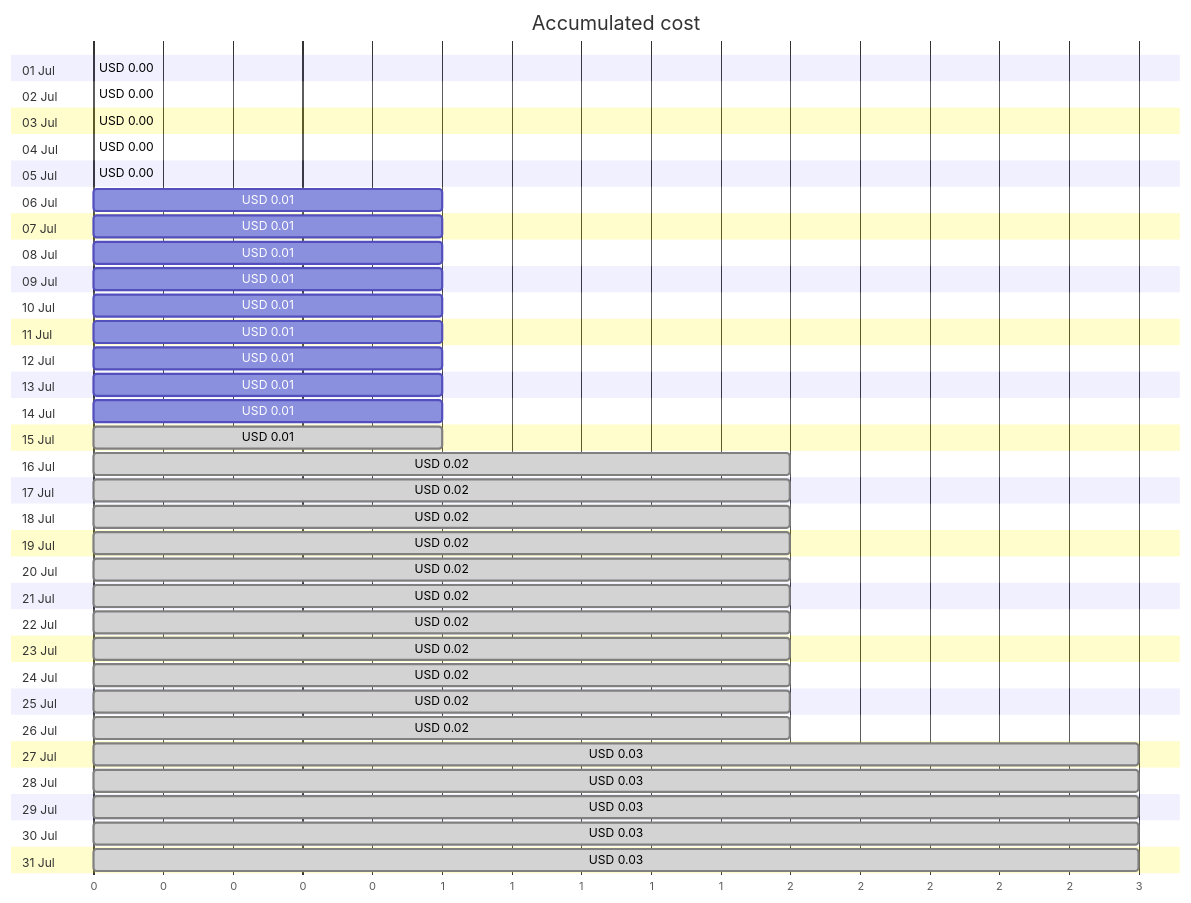
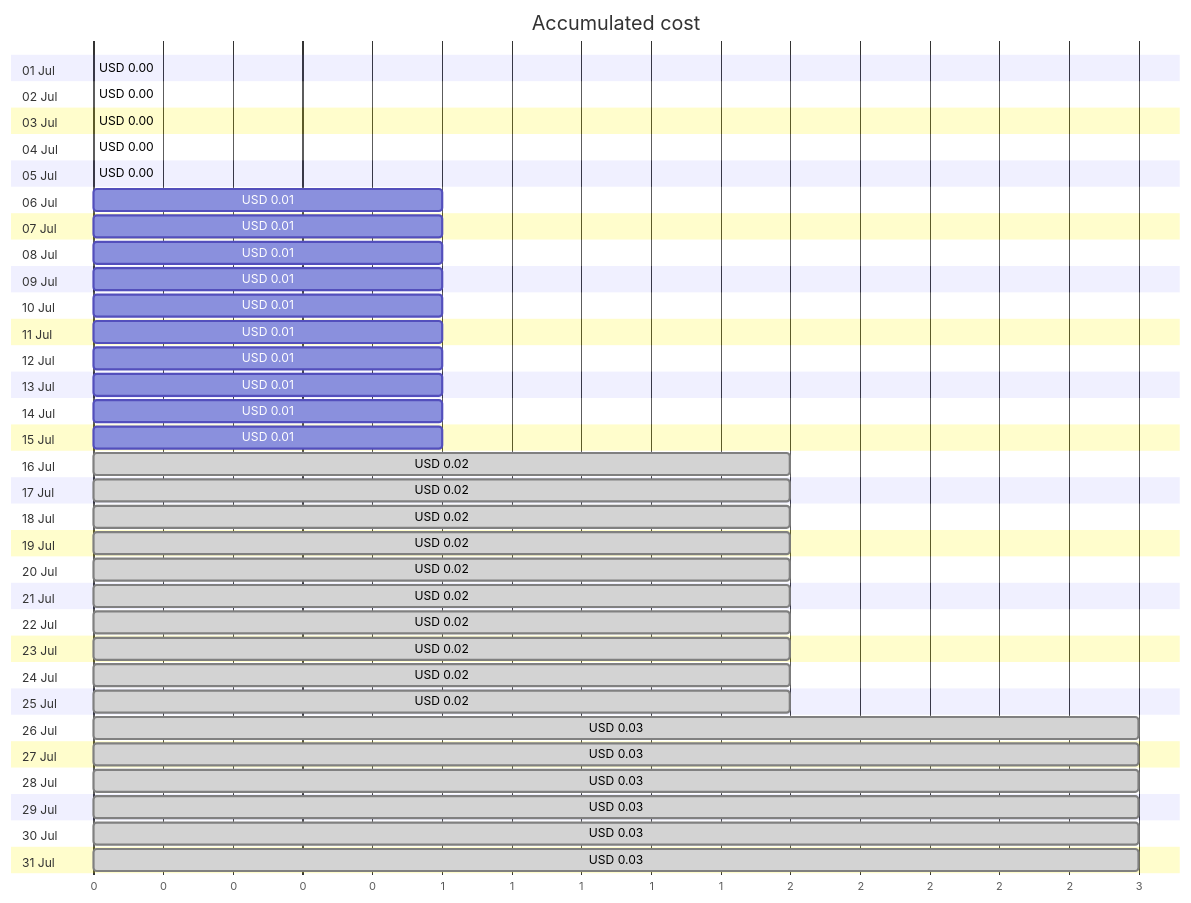
The first of 4 diagrams in cost-reports/personal-site/personalsiteapipreview.md (jpfulton/azure-personal-reports), drawn with Mermaid before and after one commit. The commit also changed other lines of this file and 6 other files, not shown here.

````diff
--- a/cost-reports/personal-site/personalsiteapipreview.md
+++ b/cost-reports/personal-site/personalsiteapipreview.md
@@ -20,68 +20,68 @@
 ```mermaid
 gantt
    title Accumulated cost
    dateFormat  X
    axisFormat %s
    section 01 Jul
    USD 0.00 :0, 0
    section 02 Jul
    USD 0.00 :0, 0
    section 03 Jul
    USD 0.00 :0, 0
    section 04 Jul
    USD 0.00 :0, 0
    section 05 Jul
    USD 0.00 :0, 0
    section 06 Jul
    USD 0.01 :0, 1
    section 07 Jul
    USD 0.01 :0, 1
    section 08 Jul
    USD 0.01 :0, 1
    section 09 Jul
    USD 0.01 :0, 1
    section 10 Jul
    USD 0.01 :0, 1
    section 11 Jul
    USD 0.01 :0, 1
    section 12 Jul
    USD 0.01 :0, 1
    section 13 Jul
    USD 0.01 :0, 1
    section 14 Jul
    USD 0.01 :0, 1
    section 15 Jul
-   USD 0.01 : done, 0, 1
+   USD 0.01 :0, 1
    section 16 Jul
    USD 0.02 : done, 0, 2
    section 17 Jul
    USD 0.02 : done, 0, 2
    section 18 Jul
    USD 0.02 : done, 0, 2
    section 19 Jul
    USD 0.02 : done, 0, 2
    section 20 Jul
    USD 0.02 : done, 0, 2
    section 21 Jul
    USD 0.02 : done, 0, 2
    section 22 Jul
    USD 0.02 : done, 0, 2
    section 23 Jul
    USD 0.02 : done, 0, 2
    section 24 Jul
    USD 0.02 : done, 0, 2
    section 25 Jul
    USD 0.02 : done, 0, 2
    section 26 Jul
-   USD 0.02 : done, 0, 2
+   USD 0.03 : done, 0, 3
    section 27 Jul
    USD 0.03 : done, 0, 3
    section 28 Jul
    USD 0.03 : done, 0, 3
    section 29 Jul
    USD 0.03 : done, 0, 3
    section 30 Jul
    USD 0.03 : done, 0, 3
    section 31 Jul
    USD 0.03 : done, 0, 3
 ```
````
